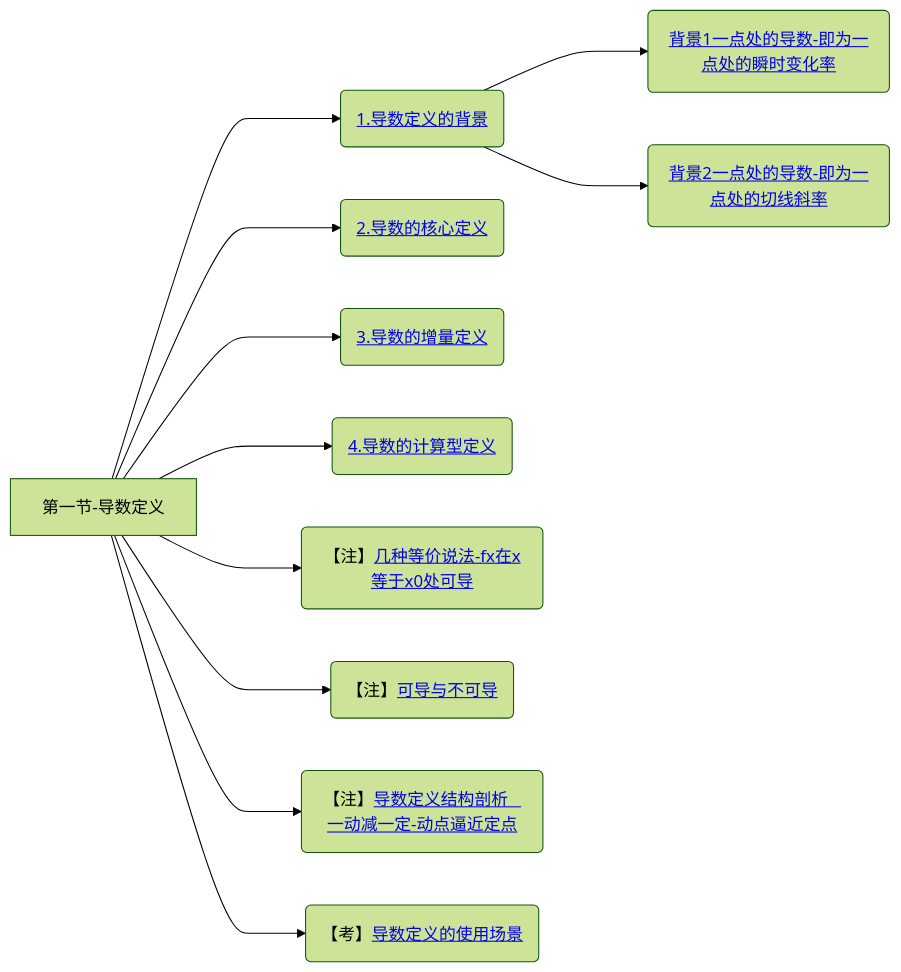
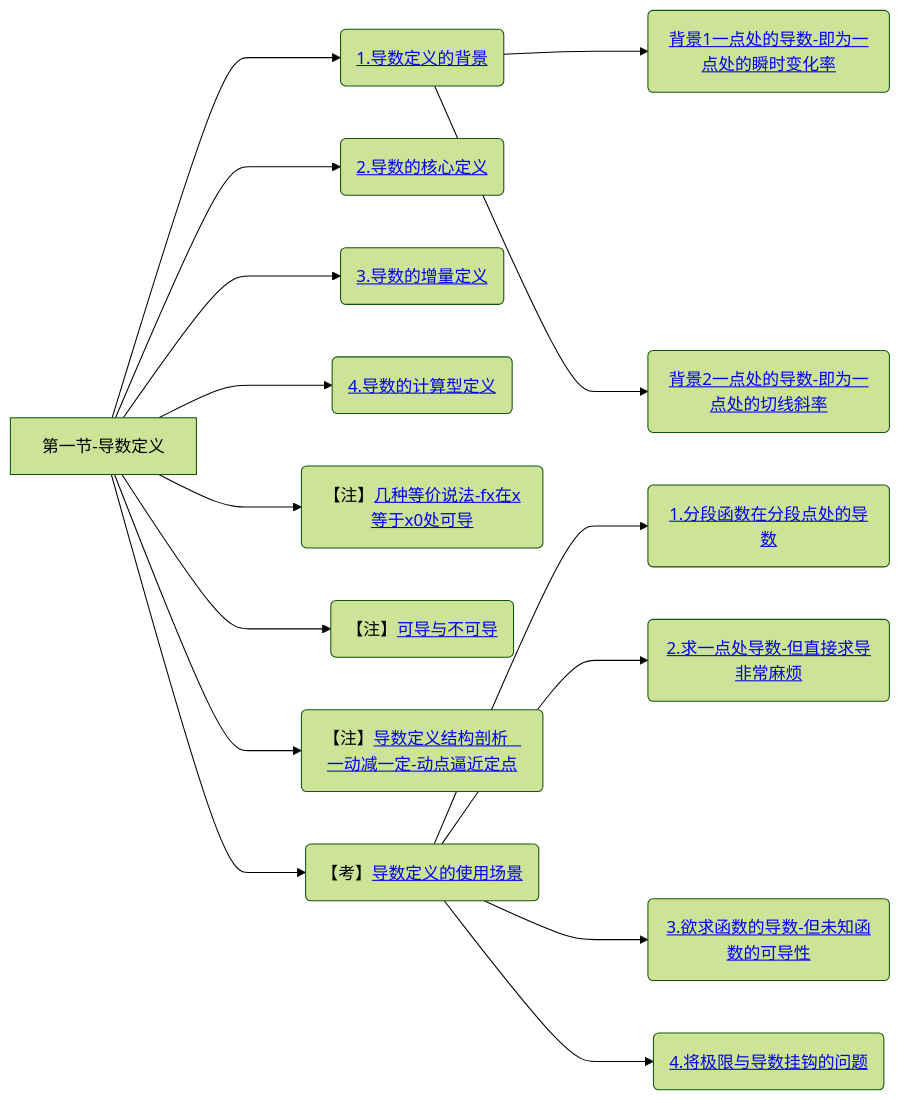
Before and after one commit to yuebinghui/note: diagram 11 of 11 in 笔记/数学/周洋鑫/01.基础班思维导图.md, drawn with Mermaid (forest theme). The commit also changed 8 other files, not shown here.

````diff
--- a/笔记/数学/周洋鑫/01.基础班思维导图.md
+++ b/笔记/数学/周洋鑫/01.基础班思维导图.md
@@ -400,18 +400,22 @@
 ```mermaid
 graph LR
 第一节-导数定义
 
 第一节-导数定义--->1.导数定义的背景(<a href="/Users/yuebinghui/Documents/program/github/note/笔记/数学/周洋鑫/基础班/10.连续与间断_导数定义_1.md#1.导数定义的背景">1.导数定义的背景</>)
 1.导数定义的背景--->背景1一点处的导数-即为一点处的瞬时变化率(<a href="/Users/yuebinghui/Documents/program/github/note/笔记/数学/周洋鑫/基础班/10.连续与间断_导数定义_1.md#背景1一点处的导数-即为一点处的瞬时变化率">背景1一点处的导数-即为一点处的瞬时变化率</>)
 1.导数定义的背景--->背景2一点处的导数-即为一点处的切线斜率(<a href="/Users/yuebinghui/Documents/program/github/note/笔记/数学/周洋鑫/基础班/10.连续与间断_导数定义_1.md#背景2一点处的导数-即为一点处的切线斜率">背景2一点处的导数-即为一点处的切线斜率</>)
 
 第一节-导数定义--->2.导数的核心定义(<a href="/Users/yuebinghui/Documents/program/github/note/笔记/数学/周洋鑫/基础班/10.连续与间断_导数定义_1.md#2.导数的核心定义">2.导数的核心定义</>)
 第一节-导数定义--->3.导数的增量定义(<a href="/Users/yuebinghui/Documents/program/github/note/笔记/数学/周洋鑫/基础班/10.连续与间断_导数定义_1.md#3.导数的增量定义">3.导数的增量定义</>)
 第一节-导数定义--->4.导数的计算型定义(<a href="/Users/yuebinghui/Documents/program/github/note/笔记/数学/周洋鑫/基础班/10.连续与间断_导数定义_1.md#4.导数的计算型定义">4.导数的计算型定义</>)
 
 第一节-导数定义--->几种等价说法-fx在x等于x0处可导(【注】<a href="/Users/yuebinghui/Documents/program/github/note/笔记/数学/周洋鑫/基础班/10.连续与间断_导数定义_1.md#几种等价说法-fx在x等于x0处可导">几种等价说法-fx在x等于x0处可导</>)
 第一节-导数定义--->可导与不可导(【注】<a href="/Users/yuebinghui/Documents/program/github/note/笔记/数学/周洋鑫/基础班/10.连续与间断_导数定义_1.md#可导与不可导">可导与不可导</>)
 第一节-导数定义--->导数定义结构剖析-一动减一定-动点逼近定点(【注】<a href="/Users/yuebinghui/Documents/program/github/note/笔记/数学/周洋鑫/基础班/10.连续与间断_导数定义_1.md#导数定义结构剖析-一动减一定-动点逼近定点">导数定义结构剖析   一动减一定-动点逼近定点</>)
 
 第一节-导数定义--->导数定义的使用场景(【考】<a href="/Users/yuebinghui/Documents/program/github/note/笔记/数学/周洋鑫/基础班/10.连续与间断_导数定义_1.md#导数定义的使用场景">导数定义的使用场景</>)
+导数定义的使用场景--->1.分段函数在分段点处的导数(<a href="/Users/yuebinghui/Documents/program/github/note/笔记/数学/周洋鑫/基础班/10.连续与间断_导数定义_1.md#1.分段函数在分段点处的导数">1.分段函数在分段点处的导数</>)
+导数定义的使用场景--->2.求一点处导数-但直接求导非常麻烦(<a href="/Users/yuebinghui/Documents/program/github/note/笔记/数学/周洋鑫/基础班/10.连续与间断_导数定义_1.md#2.求一点处导数-但直接求导非常麻烦">2.求一点处导数-但直接求导非常麻烦</>)
+导数定义的使用场景--->3.欲求函数的导数-但未知函数的可导性(<a href="/Users/yuebinghui/Documents/program/github/note/笔记/数学/周洋鑫/基础班/10.连续与间断_导数定义_1.md#3.欲求函数的导数-但未知函数的可导性">3.欲求函数的导数-但未知函数的可导性</>)
+导数定义的使用场景--->4.将极限与导数挂钩的问题(<a href="/Users/yuebinghui/Documents/program/github/note/笔记/数学/周洋鑫/基础班/10.连续与间断_导数定义_1.md#4.将极限与导数挂钩的问题">4.将极限与导数挂钩的问题</>)
 ```
````
